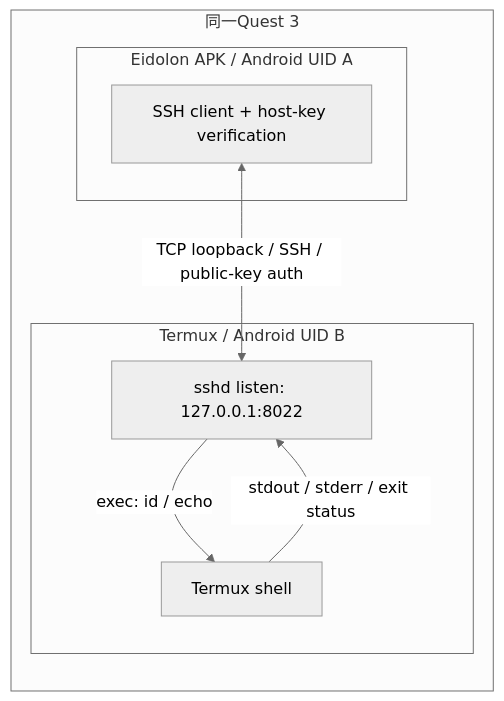
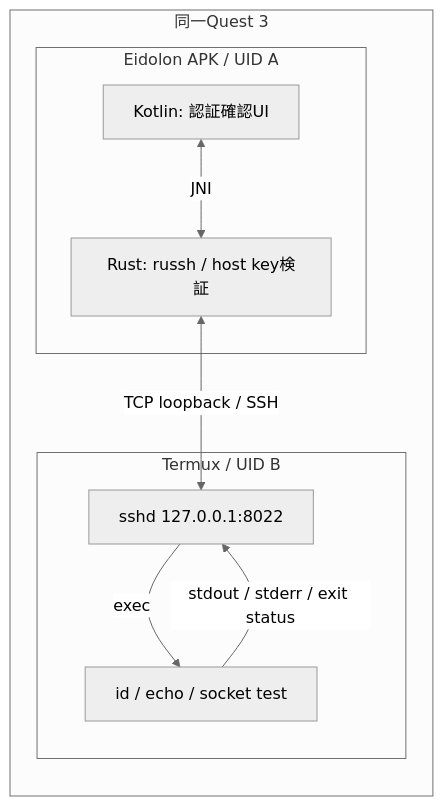
The third of 7 diagrams in docs/implementation-plan.md (tin-machine/eidolon-wayland), drawn with Mermaid (neutral theme) before and after one commit. The commit also changed other lines of this file and 9 other files, not shown here.

```diff
--- a/docs/implementation-plan.md
+++ b/docs/implementation-plan.md
@@ -103,13 +124,13 @@
 ~~~mermaid
 flowchart LR
-  subgraph QUEST["同一Quest 3" ]
-    subgraph APK["Eidolon APK / Android UID A" ]
-      CLIENT["SSH client + host-key verification"]
+  subgraph QUEST["同一Quest 3"]
+    subgraph APK["Eidolon APK / UID A"]
+      UI["Kotlin: 認証確認UI"] <-->|"JNI"| CLIENT["Rust: russh / host key検証"]
     end
-    subgraph TERMUX["Termux / Android UID B" ]
-      SSHD["sshd listen: 127.0.0.1:8022"] -->|"exec: id / echo"| CMD["Termux shell"]
+    subgraph TERMUX["Termux / UID B"]
+      SSHD["sshd 127.0.0.1:8022"] -->|"exec"| CMD["id / echo / socket test"]
     end
-    CLIENT <-->|"TCP loopback / SSH / public-key auth"| SSHD
+    CLIENT <-->|"TCP loopback / SSH"| SSHD
     CMD -->|"stdout / stderr / exit status"| SSHD
   end
 ~~~
```
